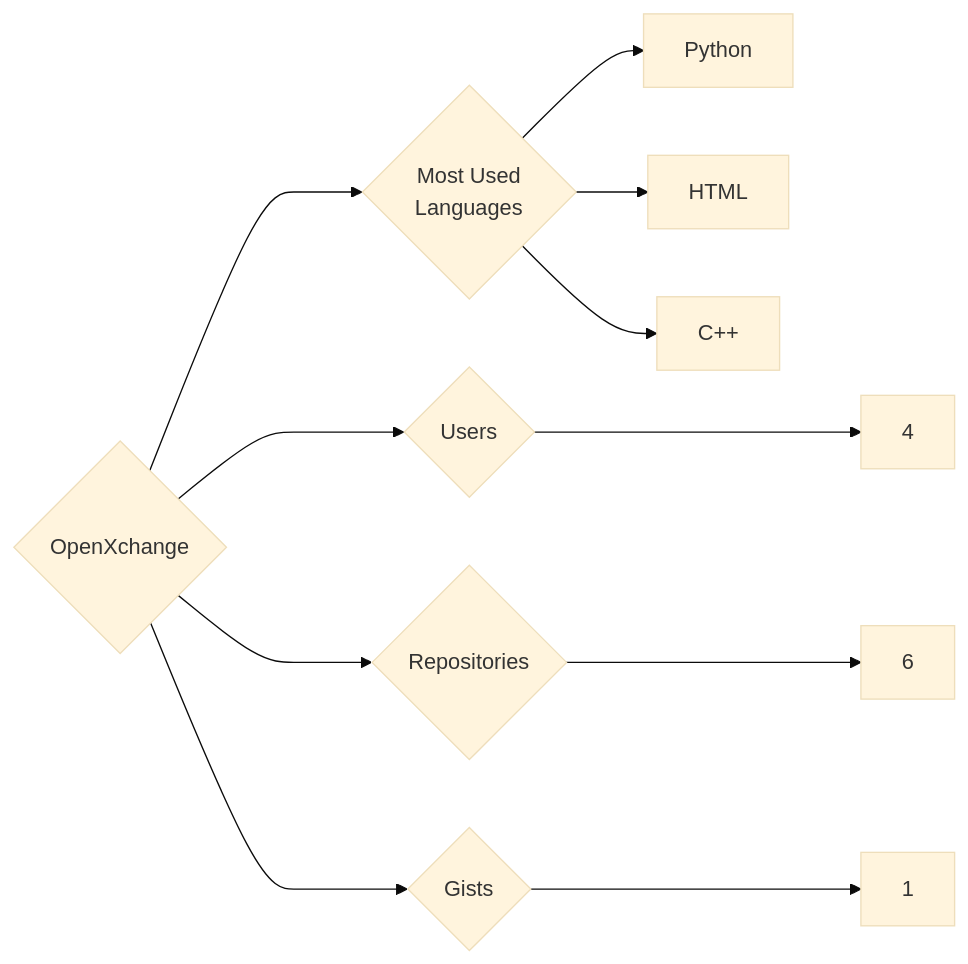
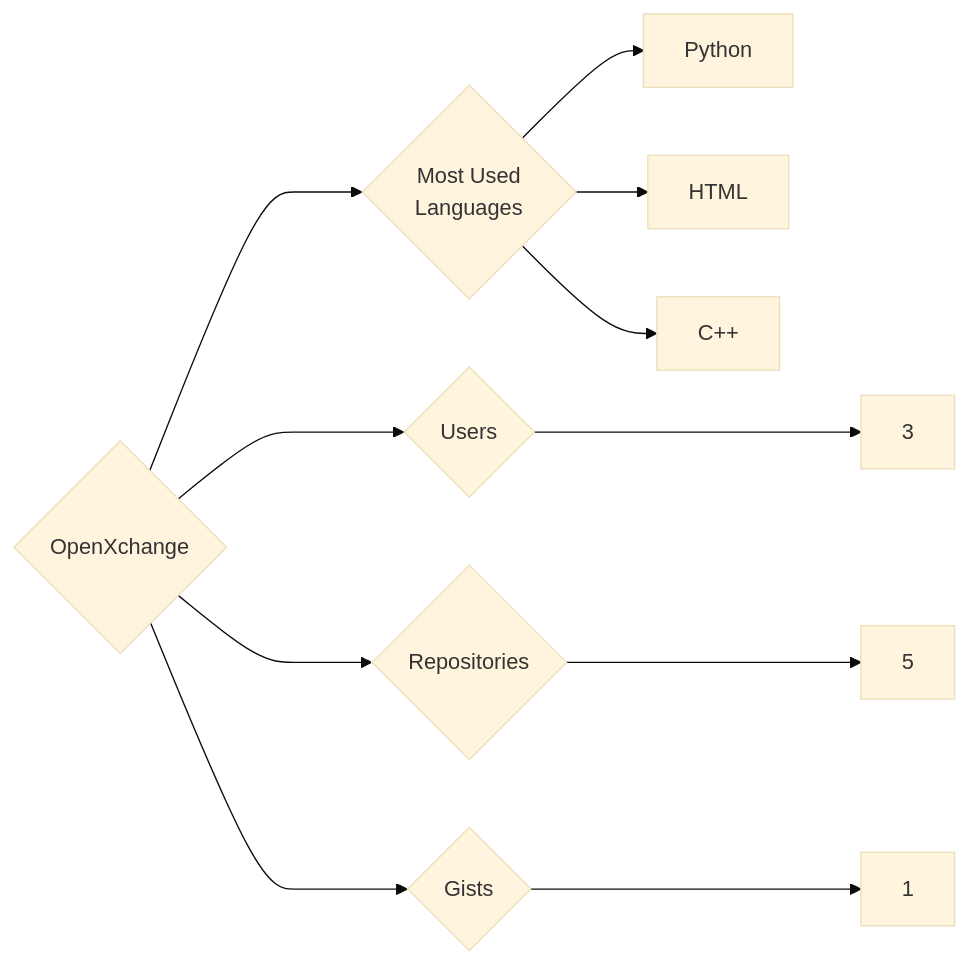
One commit to trickest/insiders changed the diagram in targets/OpenXchange/README.md. Above: the diagram before and after it, drawn with Mermaid (base theme). The commit also changed 1389 other files, not shown here.

````diff
--- a/targets/OpenXchange/README.md
+++ b/targets/OpenXchange/README.md
@@ -3,11 +3,11 @@
 ```mermaid
 graph LR
 COMPANY_NAME{OpenXchange}
-COMPANY_NAME ---> U{Users} ---> UN[4]
-COMPANY_NAME ---> R{Repositories} ---> RN[6]
+COMPANY_NAME ---> U{Users} ---> UN[3]
+COMPANY_NAME ---> R{Repositories} ---> RN[5]
 COMPANY_NAME ---> G{Gists} ---> GN[1]
 COMPANY_NAME ---> ML{Most Used<br>Languages}
 ML --> Python[Python]
 ML --> HTML[HTML]
 ML --> C++[C++]
 ```
````
